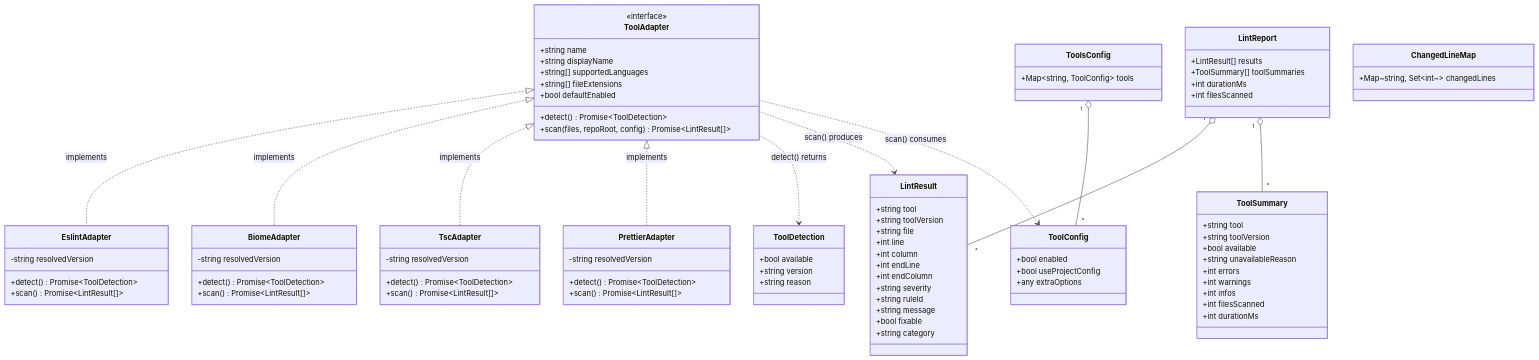
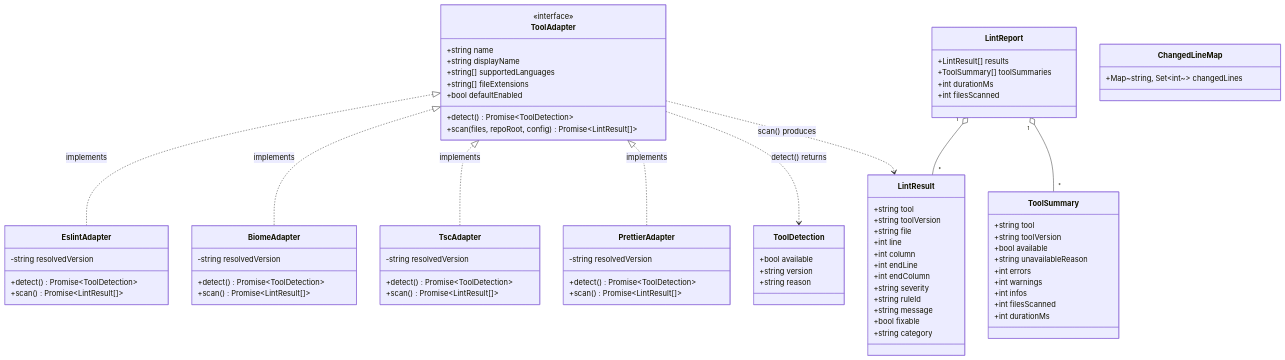
One commit to CodesSentinels/ai-reviewer changed the second of 9 diagrams in docs/07-linter-sast-architecture.md. Above: the diagram before and after it, drawn with Mermaid. The commit also changed other lines of this file and 18 other files, not shown here.

````diff
--- a/docs/07-linter-sast-architecture.md
+++ b/docs/07-linter-sast-architecture.md
@@ -208,16 +206,6 @@
     +int             filesScanned
   }
 
-  class ToolConfig {
-    +bool   enabled
-    +bool   useProjectConfig
-    +any    extraOptions
-  }
-
-  class ToolsConfig {
-    +Map~string, ToolConfig~ tools
-  }
-
   class ChangedLineMap {
     +Map~string, Set~int~~ changedLines
   }
@@ -232,7 +220,4 @@
 
   LintReport "1" o-- "*" LintResult
   LintReport "1" o-- "*" ToolSummary
-
-  ToolsConfig "1" o-- "*" ToolConfig
-  ToolAdapter ..> ToolConfig       : scan() consumes
 ```
````
